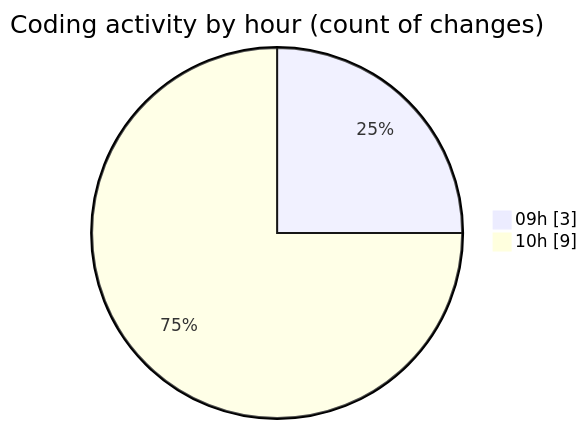
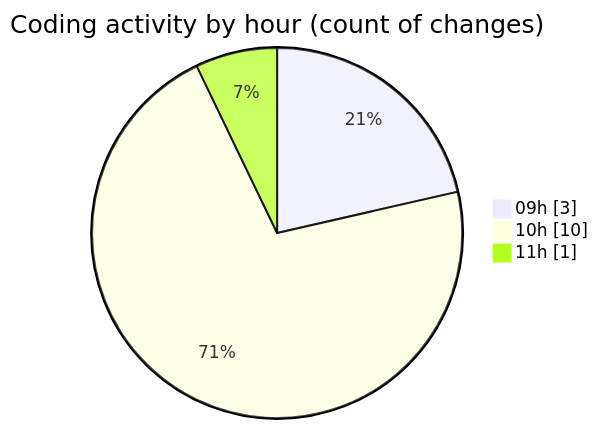
The second of 2 diagrams in 2026-01-22/cda/README.md (momahboobian/code-tracking), drawn with Mermaid before and after one commit. The commit also changed other lines of this file and 1 other file, not shown here.

````diff
--- a/2026-01-22/cda/README.md
+++ b/2026-01-22/cda/README.md
@@ -33,6 +33,7 @@
 ```mermaid
 pie showData
 title Coding activity by hour (count of changes)
 "09h" : 3
-"10h" : 9
+"10h" : 10
+"11h" : 1
 ```
````
